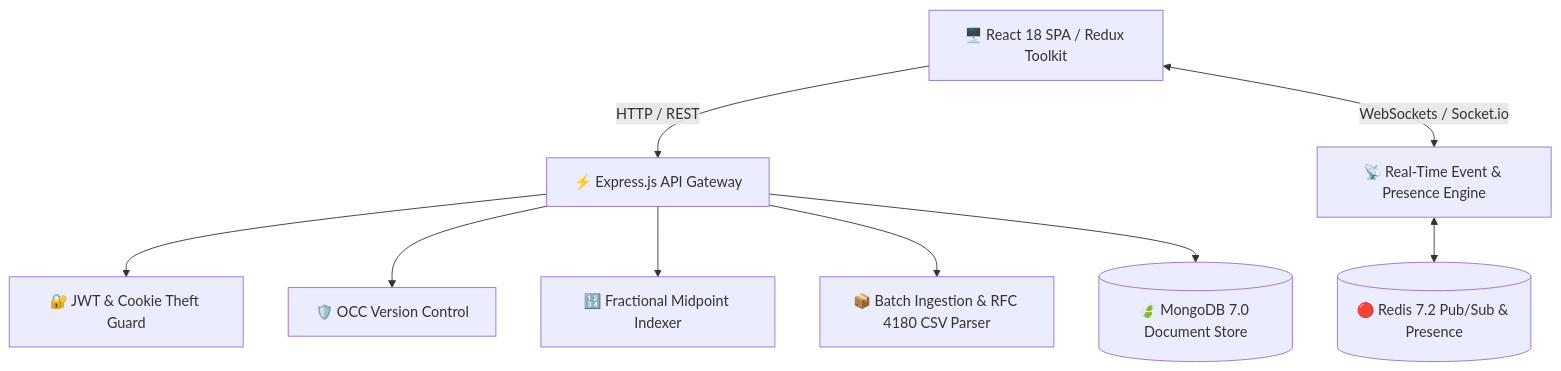
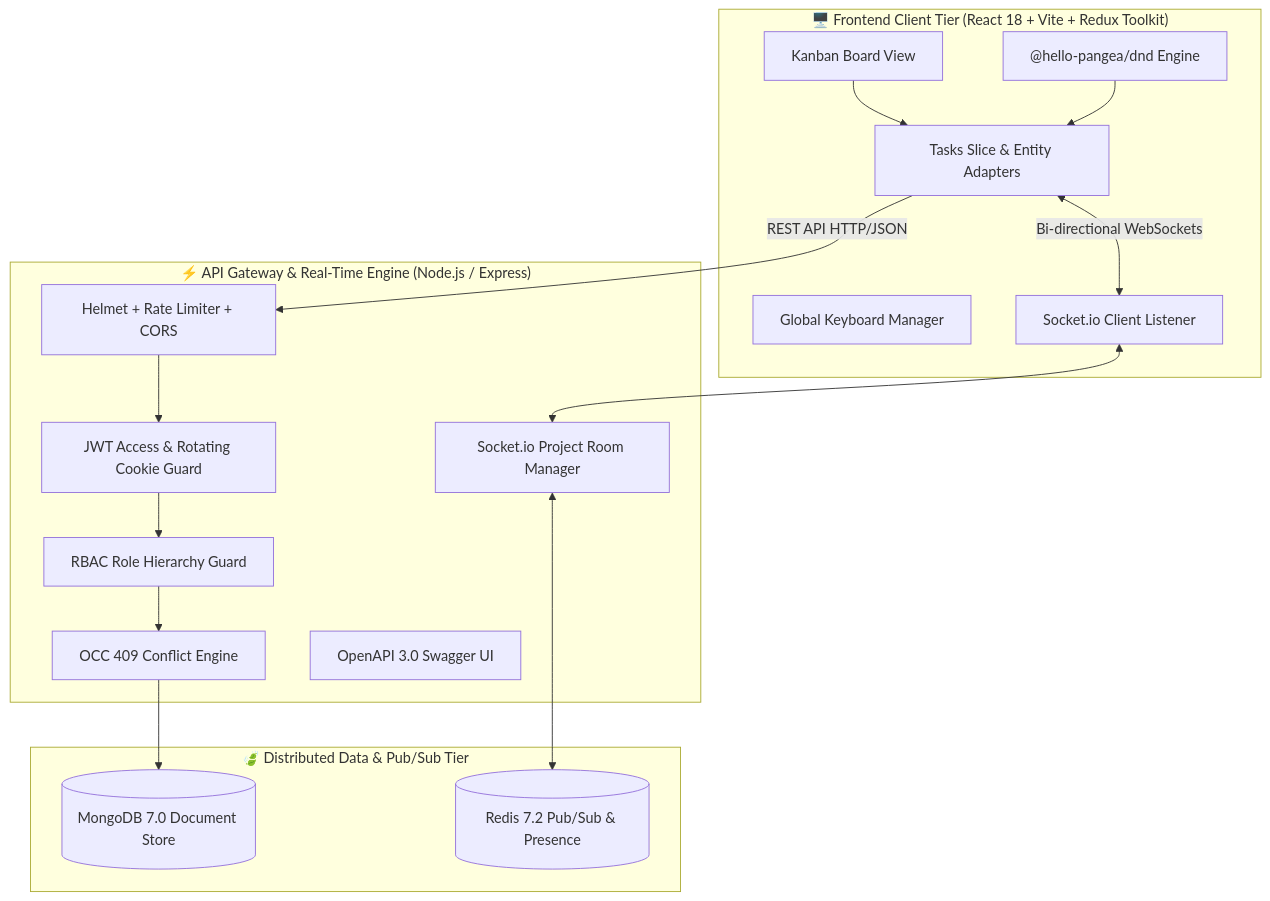
One commit to aadarsh2006ak/Real-Time-Collaborative-Workspace-Kanban-Tracker-Jira-Lite- changed the first of 2 diagrams in README.md. Above: the diagram before and after it, drawn with Mermaid. The commit also changed other lines of this file, not shown here.

Commit message:
docs: enrich README with architectural diagrams, algorithmic breakdowns, recruiter highlights, and benchmarks

````diff
--- a/README.md
+++ b/README.md
@@ -14,11 +41,31 @@
 ```mermaid
-graph TD
-    Client[🖥️ React 18 SPA / Redux Toolkit] -->|HTTP / REST| Express[⚡ Express.js API Gateway]
-    Client <-->|WebSockets / Socket.io| SocketHub[📡 Real-Time Event & Presence Engine]
-    Express --> Auth[🔐 JWT & Cookie Theft Guard]
-    Express --> OCC[🛡️ OCC Version Control]
-    Express --> Fract[🔢 Fractional Midpoint Indexer]
-    Express --> Bulk[📦 Batch Ingestion & RFC 4180 CSV Parser]
-    Express --> Mongo[(🍃 MongoDB 7.0 Document Store)]
-    SocketHub <--> Redis[(🔴 Redis 7.2 Pub/Sub & Presence)]
+graph TB
+    subgraph Client Tier ["🖥️ Frontend Client Tier (React 18 + Vite + Redux Toolkit)"]
+        UI[Kanban Board View]
+        Dnd["@hello-pangea/dnd Engine"]
+        Hotkeys[Global Keyboard Manager]
+        OptSlice[Tasks Slice & Entity Adapters]
+        SocketClient[Socket.io Client Listener]
+    end
+
+    subgraph Gateway Tier ["⚡ API Gateway & Real-Time Engine (Node.js / Express)"]
+        Security[Helmet + Rate Limiter + CORS]
+        AuthGuard[JWT Access & Rotating Cookie Guard]
+        RBAC[RBAC Role Hierarchy Guard]
+        OCCEngine[OCC 409 Conflict Engine]
+        SocketHub[Socket.io Project Room Manager]
+        Swagger[OpenAPI 3.0 Swagger UI]
+    end
+
+    subgraph State Tier ["🍃 Distributed Data & Pub/Sub Tier"]
+        MongoDB[(MongoDB 7.0 Document Store)]
+        Redis[(Redis 7.2 Pub/Sub & Presence)]
+    end
+
+    UI --> OptSlice
+    Dnd --> OptSlice
+    OptSlice -->|REST API HTTP/JSON| Security
+    Security --> AuthGuard --> RBAC --> OCCEngine --> MongoDB
+    OptSlice <-->|Bi-directional WebSockets| SocketClient <--> SocketHub
+    SocketHub <--> Redis
 ```
````
